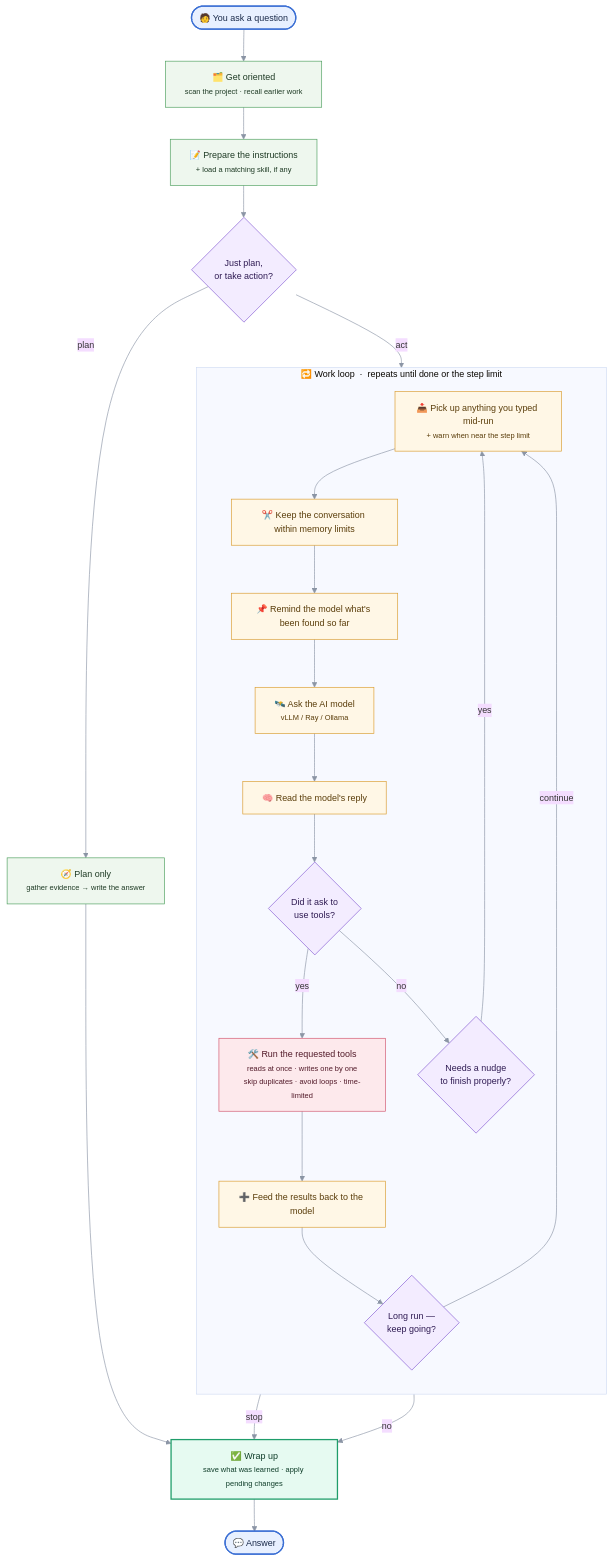
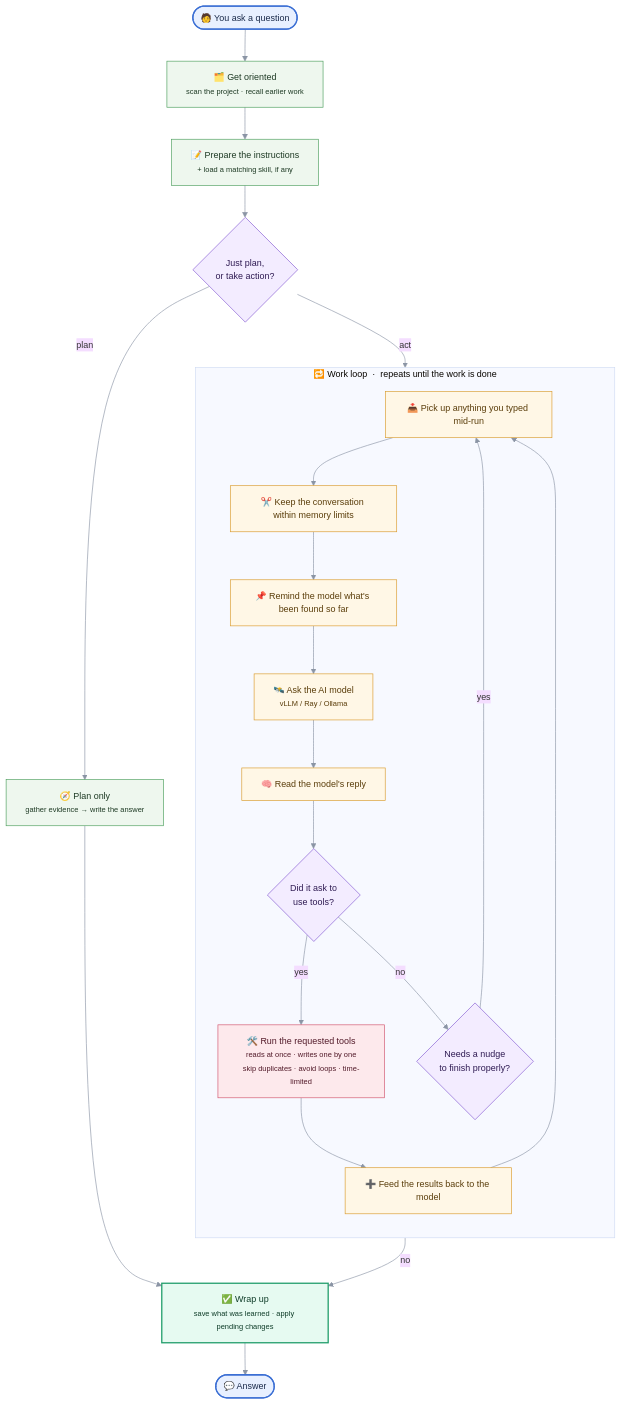
One commit to MIMIR-LLM4CSE/MIMIR changed the diagram in README.md. Above: the diagram before and after it, drawn with Mermaid. The commit also changed other lines of this file and 37 other files, not shown here.

````diff
--- a/README.md
+++ b/README.md
@@ -214,42 +214,40 @@
 ```mermaid
 %%{init: {'theme':'base','themeVariables':{'fontSize':'14px','lineColor':'#8b95a5','primaryBorderColor':'#5b6270'}}}%%
 flowchart TD
     Q(["🧑 You ask a question"]) --> CTX["🗂️ Get oriented<br/><small>scan the project · recall earlier work</small>"]
     CTX --> SYS["📝 Prepare the instructions<br/><small>+ load a matching skill, if any</small>"]
     SYS --> MODE{"Just plan,<br/>or take action?"}
     MODE -->|plan| PLAN["🧭 Plan only<br/><small>gather evidence → write the answer</small>"]
     MODE -->|act| STEER
 
-    subgraph LOOP ["&nbsp;🔁 Work loop &nbsp;·&nbsp; repeats until done or the step limit&nbsp;"]
+    subgraph LOOP ["&nbsp;🔁 Work loop &nbsp;·&nbsp; repeats until the work is done&nbsp;"]
         direction TB
-        STEER["📥 Pick up anything you typed mid-run<br/><small>+ warn when near the step limit</small>"] --> BUDGET["✂️ Keep the conversation within memory limits"]
+        STEER["📥 Pick up anything you typed mid-run"] --> BUDGET["✂️ Keep the conversation within memory limits"]
         BUDGET --> PIN["📌 Remind the model what's been found so far"] --> CALL["🛰️ Ask the AI model<br/><small>vLLM / Ray / Ollama</small>"]
         CALL --> RESP["🧠 Read the model's reply"]
         RESP --> TC{"Did it ask to<br/>use tools?"}
         TC -->|yes| DISP["🛠️ Run the requested tools<br/><small>reads at once · writes one by one<br/>skip duplicates · avoid loops · time-limited</small>"]
         DISP --> INJ["➕ Feed the results back to the model"]
-        INJ --> CHK{"Long run —<br/>keep going?"}
-        CHK -->|continue| STEER
+        INJ --> STEER
         TC -->|no| NUDGE{"Needs a nudge<br/>to finish properly?"}
         NUDGE -->|"yes"| STEER
     end
 
-    CHK -->|stop| DONE
     NUDGE -->|no| DONE["✅ Wrap up<br/><small>save what was learned · apply pending changes</small>"]
     PLAN --> DONE
     DONE --> A(["💬 Answer"])
 
     classDef entry fill:#e8f0ff,stroke:#3b6fd4,stroke-width:2px,color:#1a2a4a;
     classDef prep fill:#eef7ee,stroke:#4a9d5b,color:#1e3a24;
     classDef step fill:#fff7e6,stroke:#d99a2b,color:#5a3d0a;
     classDef decision fill:#f3ecff,stroke:#8257d1,color:#2e1a52;
     classDef action fill:#fde9ec,stroke:#d1526b,color:#521a29;
     classDef done fill:#e6faf1,stroke:#1f9d6a,stroke-width:2px,color:#0f3d29;
 
     class Q,A entry;
     class CTX,SYS,PLAN prep;
     class STEER,BUDGET,PIN,CALL,RESP,INJ step;
-    class MODE,TC,CHK,NUDGE decision;
+    class MODE,TC,NUDGE decision;
     class DISP action;
     class DONE done;
 ```
````
